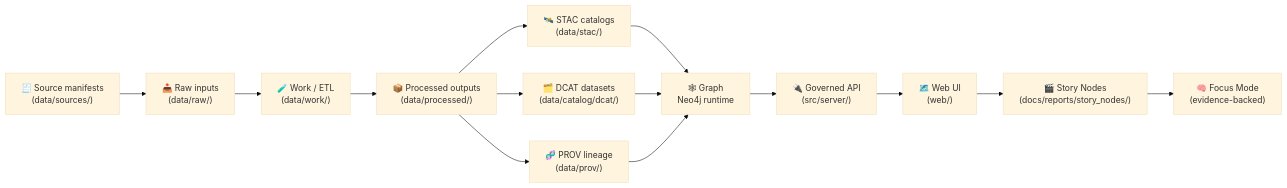
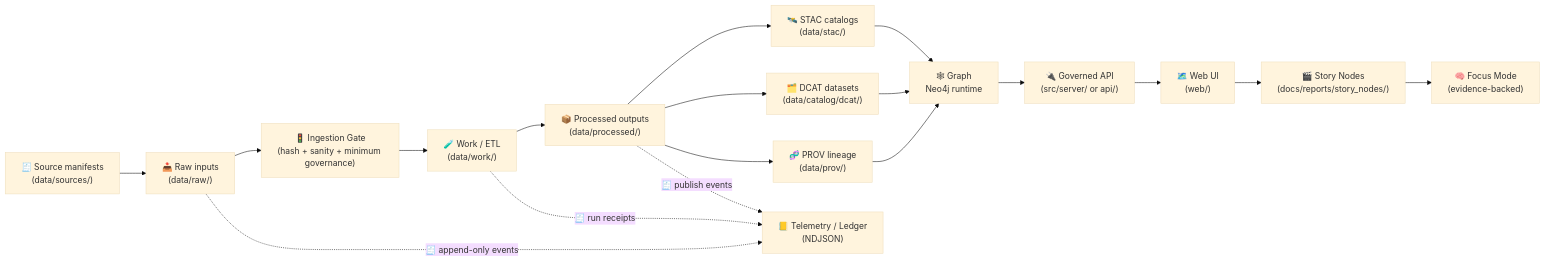
One commit to bartytime4life/Kansas-Frontier-Matrix changed the first of 2 diagrams in data/raw/README.md. Above: the diagram before and after it, drawn with Mermaid (base theme). The commit also changed other lines of this file, not shown here.

````diff
--- a/data/raw/README.md
+++ b/data/raw/README.md
@@ -117,16 +135,21 @@
 ```mermaid
 flowchart LR
   SOURCES["🧾 Source manifests\n(data/sources/)"] --> RAW["📥 Raw inputs\n(data/raw/)"]
-  RAW --> WORK["🧪 Work / ETL\n(data/work/)"]
+  RAW --> GATE["🚦 Ingestion Gate\n(hash + sanity + minimum governance)"]
+  GATE --> WORK["🧪 Work / ETL\n(data/work/)"]
   WORK --> PROC["📦 Processed outputs\n(data/processed/)"]
   PROC --> STAC["🛰️ STAC catalogs\n(data/stac/)"]
   PROC --> DCAT["🗂️ DCAT datasets\n(data/catalog/dcat/)"]
   PROC --> PROV["🧬 PROV lineage\n(data/prov/)"]
   STAC --> GRAPH["🕸 Graph\nNeo4j runtime"]
   DCAT --> GRAPH
   PROV --> GRAPH
-  GRAPH --> API["🔌 Governed API\n(src/server/)"]
+  GRAPH --> API["🔌 Governed API\n(src/server/ or api/)"]
   API --> UI["🗺️ Web UI\n(web/)"]
   UI --> STORY["🎬 Story Nodes\n(docs/reports/story_nodes/)"]
   STORY --> FOCUS["🧠 Focus Mode\n(evidence-backed)"]
+
+  RAW -. "🧾 append-only events" .-> LEDGER["📒 Telemetry / Ledger\n(NDJSON)"]
+  WORK -. "🧾 run receipts" .-> LEDGER
+  PROC -. "🧾 publish events" .-> LEDGER
 ```
````
